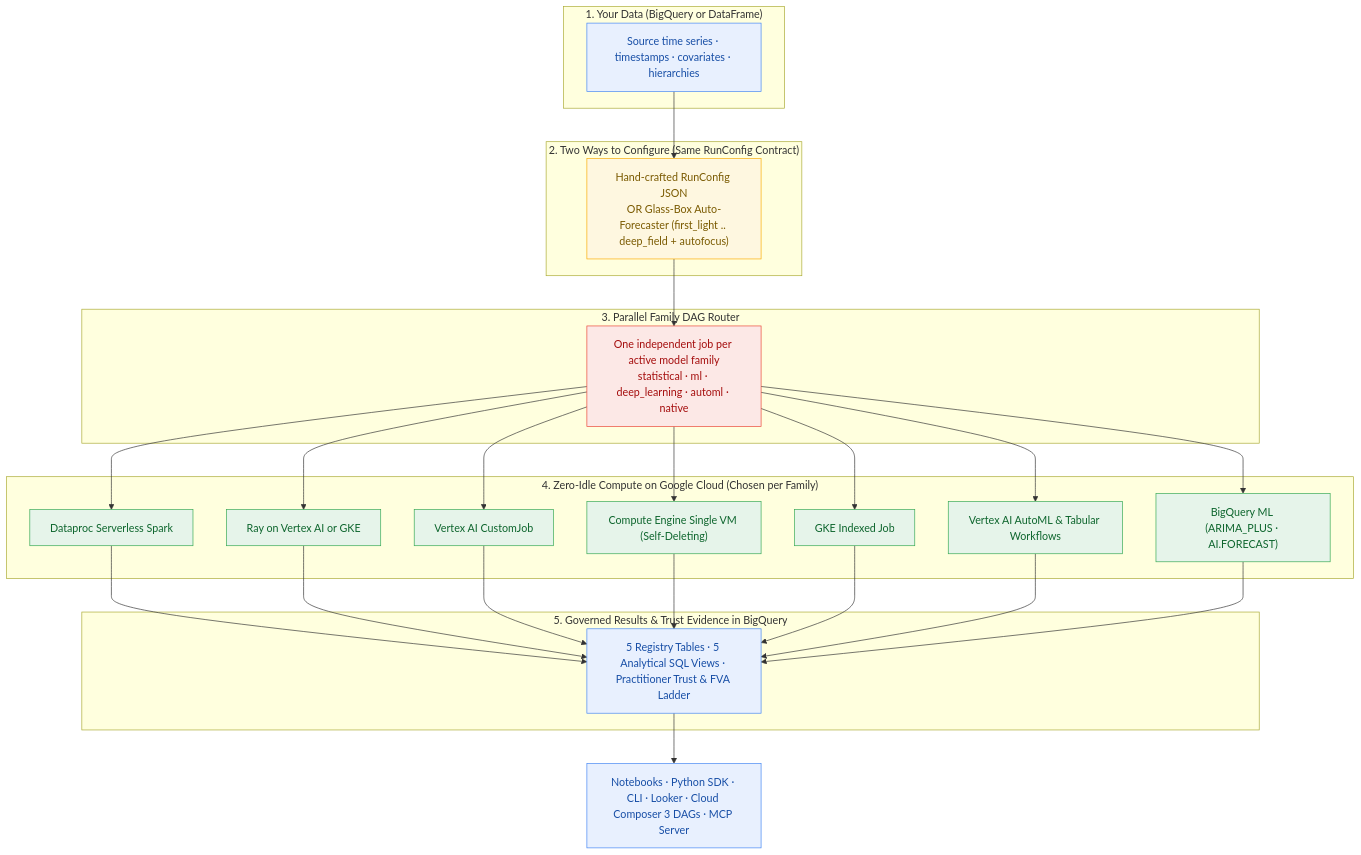
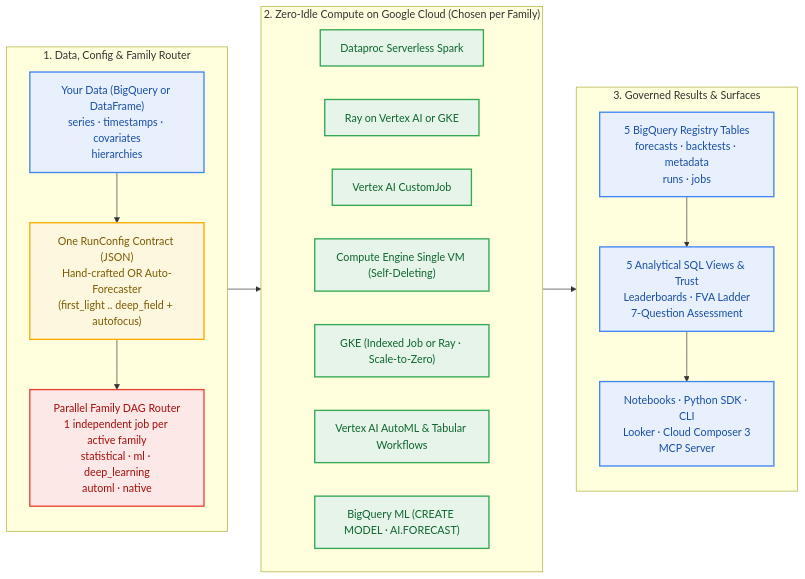
One commit to statmike/scale-forecasting changed the diagram in README.md. Above: the diagram before and after it, drawn with Mermaid. The commit also changed 7 other files, not shown here.

Commit message:
docs: verticalize hero Mermaid columns and harden PyPI social_card.png SHA-256 sync

````diff
--- a/README.md
+++ b/README.md
@@ -17,38 +17,38 @@
 ```mermaid
-flowchart TD
-    subgraph IN["1. Your Data (BigQuery or DataFrame)"]
-        SRC["Source time series · timestamps · covariates · hierarchies"]
+flowchart LR
+    subgraph PREP["1. Data, Config & Family Router"]
+        direction TB
+        SRC["Your Data (BigQuery or DataFrame)<br/>series · timestamps · covariates<br/>hierarchies"]
+        CFG["One RunConfig Contract (JSON)<br/>Hand-crafted OR Auto-Forecaster<br/>(first_light .. deep_field + autofocus)"]
+        R["Parallel Family DAG Router<br/>1 independent job per active family<br/>statistical · ml · deep_learning<br/>automl · native"]
+        SRC --> CFG --> R
     end
-    subgraph AUTHOR["2. Two Ways to Configure (Same RunConfig Contract)"]
-        CFG["Hand-crafted RunConfig JSON<br/>OR Glass-Box Auto-Forecaster (first_light .. deep_field + autofocus)"]
-    end
-    subgraph ROUTE["3. Parallel Family DAG Router"]
-        R["One independent job per active model family<br/>statistical · ml · deep_learning · automl · native"]
-    end
-    subgraph RUN["4. Zero-Idle Compute on Google Cloud (Chosen per Family)"]
+    subgraph RUN["2. Zero-Idle Compute on Google Cloud (Chosen per Family)"]
+        direction LR
         S["Dataproc Serverless Spark"]
         RY["Ray on Vertex AI or GKE"]
         V["Vertex AI CustomJob"]
         G["Compute Engine Single VM (Self-Deleting)"]
-        K["GKE Indexed Job"]
+        K["GKE (Indexed Job or Ray · Scale-to-Zero)"]
         A["Vertex AI AutoML & Tabular Workflows"]
-        B["BigQuery ML (ARIMA_PLUS · AI.FORECAST)"]
+        B["BigQuery ML (CREATE MODEL · AI.FORECAST)"]
     end
-    subgraph OUT["5. Governed Results & Trust Evidence in BigQuery"]
-        REG["5 Registry Tables · 5 Analytical SQL Views · Practitioner Trust & FVA Ladder"]
+    subgraph OUT["3. Governed Results & Surfaces"]
+        direction TB
+        REG["5 BigQuery Registry Tables<br/>forecasts · backtests · metadata<br/>runs · jobs"]
+        VIEWS["5 Analytical SQL Views & Trust<br/>Leaderboards · FVA Ladder<br/>7-Question Assessment"]
+        USE["Notebooks · Python SDK · CLI<br/>Looker · Cloud Composer 3<br/>MCP Server"]
+        REG --> VIEWS --> USE
     end
-    USE["Notebooks · Python SDK · CLI · Looker · Cloud Composer 3 DAGs · MCP Server"]
 
-    SRC --> CFG --> R
-    R --> S & RY & V & G & K & A & B
-    S & RY & V & G & K & A & B --> REG --> USE
+    PREP --> RUN --> OUT
 
-    classDef data fill:#E8F0FE,stroke:#4285F4,color:#174EA6
-    classDef config fill:#FEF7E0,stroke:#F9AB00,color:#7A5A00
-    classDef route fill:#FCE8E6,stroke:#EA4335,color:#A50E0E
-    classDef compute fill:#E6F4EA,stroke:#34A853,color:#0D652D
-    class SRC,REG,USE data
+    classDef data fill:#E8F0FE,stroke:#4285F4,stroke-width:2px,color:#174EA6
+    classDef config fill:#FEF7E0,stroke:#F9AB00,stroke-width:2px,color:#7A5A00
+    classDef route fill:#FCE8E6,stroke:#EA4335,stroke-width:2px,color:#A50E0E
+    classDef compute fill:#E6F4EA,stroke:#34A853,stroke-width:2px,color:#0D652D
+    class SRC,REG,VIEWS,USE data
     class CFG config
     class R route
     class S,RY,V,G,K,A,B compute
 ```
````
